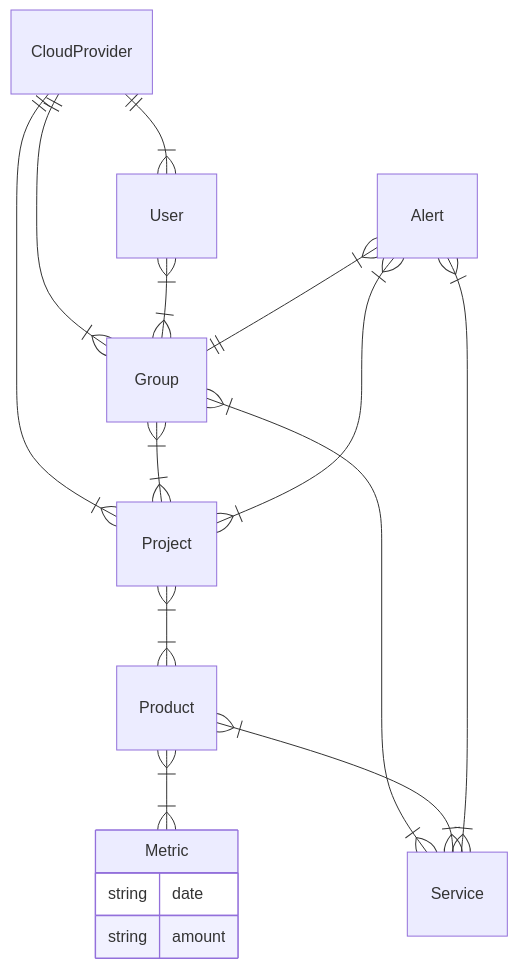
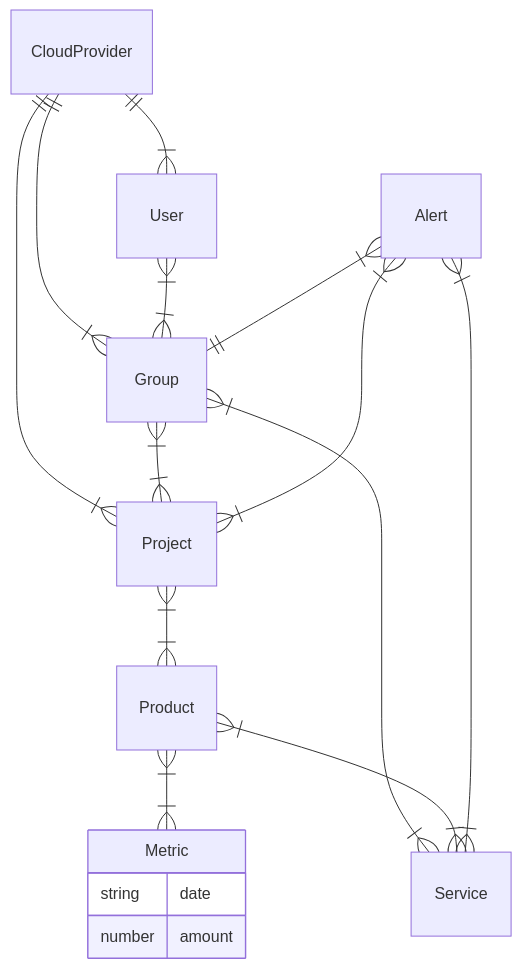
One commit to seizadi/cost-insights-backend changed the first of 2 diagrams in docs/index.md. Above: the diagram before and after it, drawn with Mermaid. The commit also changed other lines of this file and 5 other files, not shown here.

````diff
--- a/docs/index.md
+++ b/docs/index.md
@@ -35,19 +35,19 @@
 ```mermaid
 erDiagram
     Metric {
         string date
-        string amount
+        number amount
     }
     CloudProvider ||--|{ User : ""
     CloudProvider ||--|{ Group : ""
     CloudProvider ||--|{ Project : ""
     User }|--|{ Group : ""
     Group }|--|{ Project : ""    
     Project }|--|{ Product : ""
     Product }|--|{ Metric : ""
     Alert }|--|{ Project : ""
     Alert }|--|| Group : ""
     Group }|--|{ Service : ""
     Product }|--|{ Service : ""
     Alert }|--|{ Service : ""
 ```
````
